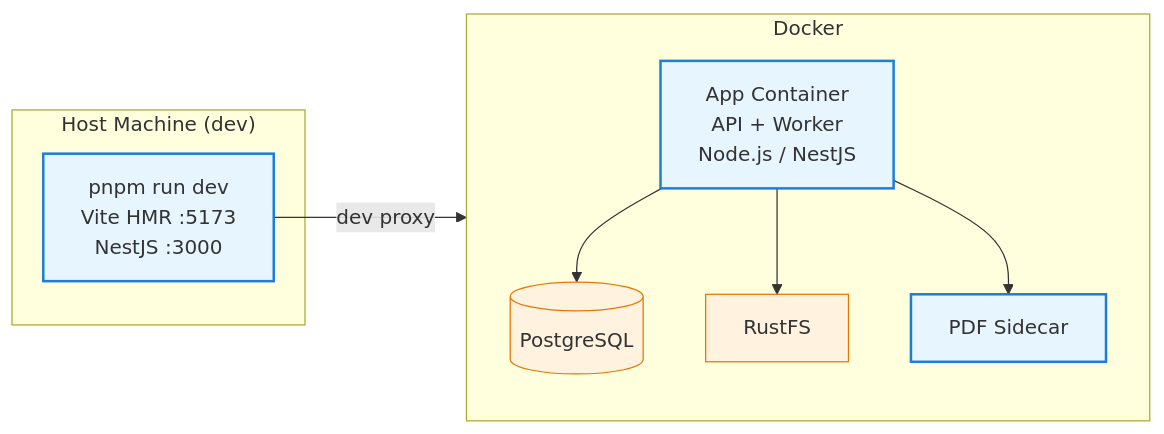
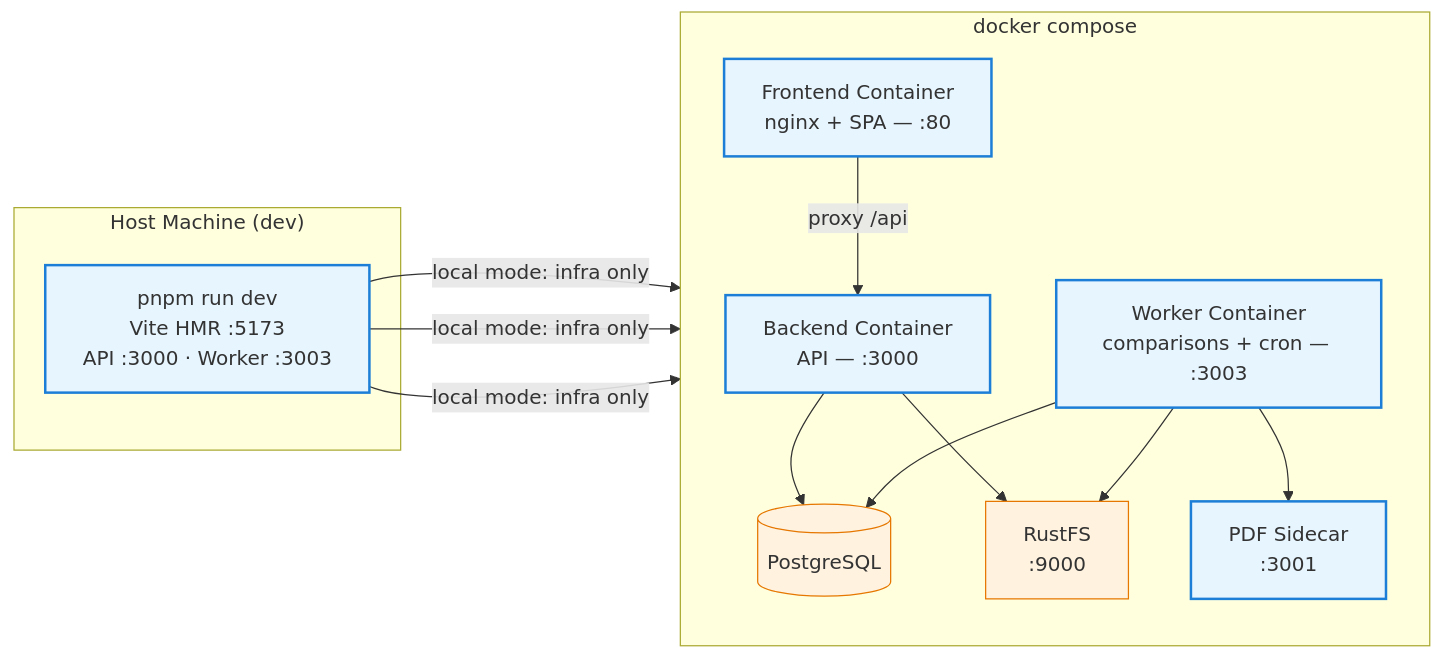
The fourth of 4 diagrams in docs/architecture/overview.md (Fishkob/visual-regression), drawn with Mermaid before and after one commit. The commit also changed other lines of this file, not shown here.

First line of the commit message:
docs(architecture): align the overview with the code it describes

````diff
--- a/docs/architecture/overview.md
+++ b/docs/architecture/overview.md
@@ -286,22 +312,29 @@
 ```mermaid
 graph LR
   classDef container fill:#e7f5ff,stroke:#1c7ed6,stroke-width:2px
   classDef infra fill:#fff3e0,stroke:#e67700,stroke-width:1px
 
-  subgraph Docker
+  subgraph Docker["docker compose"]
     direction TB
-    APP["App Container<br/>API + Worker<br/>Node.js / NestJS"]:::container
+    PROXY["Frontend Container<br/>nginx + SPA — :80"]:::container
+    APP["Backend Container<br/>API — :3000"]:::container
+    WORKER["Worker Container<br/>comparisons + cron — :3003"]:::container
+    SIDECAR["PDF Sidecar<br/>:3001"]:::container
     PG[("PostgreSQL")]:::infra
-    RUSTFS["RustFS"]:::infra
-    SIDECAR["PDF Sidecar"]:::container
+    RUSTFS["RustFS<br/>:9000"]:::infra
   end
 
   subgraph Host["Host Machine (dev)"]
-    DEV["pnpm run dev<br/>Vite HMR :5173<br/>NestJS :3000"]:::container
+    DEV["pnpm run dev<br/>Vite HMR :5173<br/>API :3000 · Worker :3003"]:::container
   end
 
-  DEV -->|dev proxy| APP
+  PROXY -->|proxy /api| APP
   APP --> PG
   APP --> RUSTFS
-  APP --> SIDECAR
+  WORKER --> PG
+  WORKER --> RUSTFS
+  WORKER --> SIDECAR
+  DEV -->|local mode: infra only| PG
+  DEV -->|local mode: infra only| RUSTFS
+  DEV -->|local mode: infra only| SIDECAR
 ```
````
